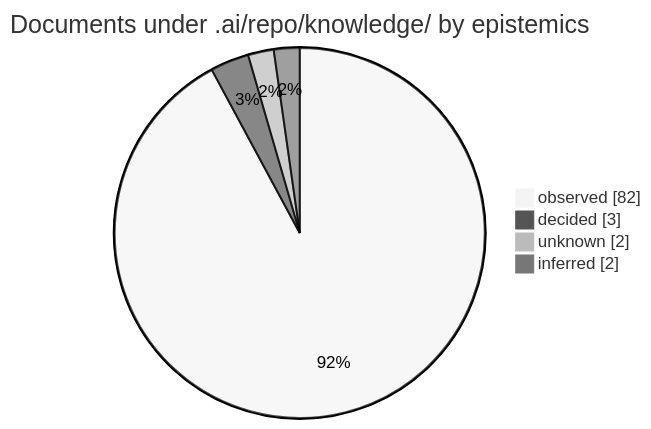
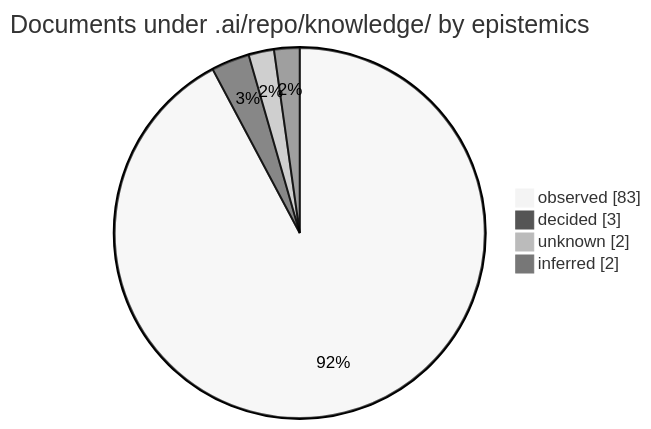
The third of 3 diagrams in .ai/repo/knowledge/README.md (korczis/OpenTTD), drawn with Mermaid (neutral theme) before and after one commit. The commit also changed other lines of this file and 1 other file, not shown here.

````diff
--- a/.ai/repo/knowledge/README.md
+++ b/.ai/repo/knowledge/README.md
@@ -58,8 +59,8 @@
 ```mermaid
 pie showData title Documents under .ai/repo/knowledge/ by epistemics
     %% links: README.md?col=Epistemics&filter=observed#records-generated | README.md?col=Epistemics&filter=decided#records-generated | README.md?col=Epistemics&filter=#records-generated | README.md?col=Epistemics&filter=inferred#records-generated
-    "observed" : 82
+    "observed" : 83
     "decided" : 3
     "unknown" : 2
     "inferred" : 2
 ```
````
